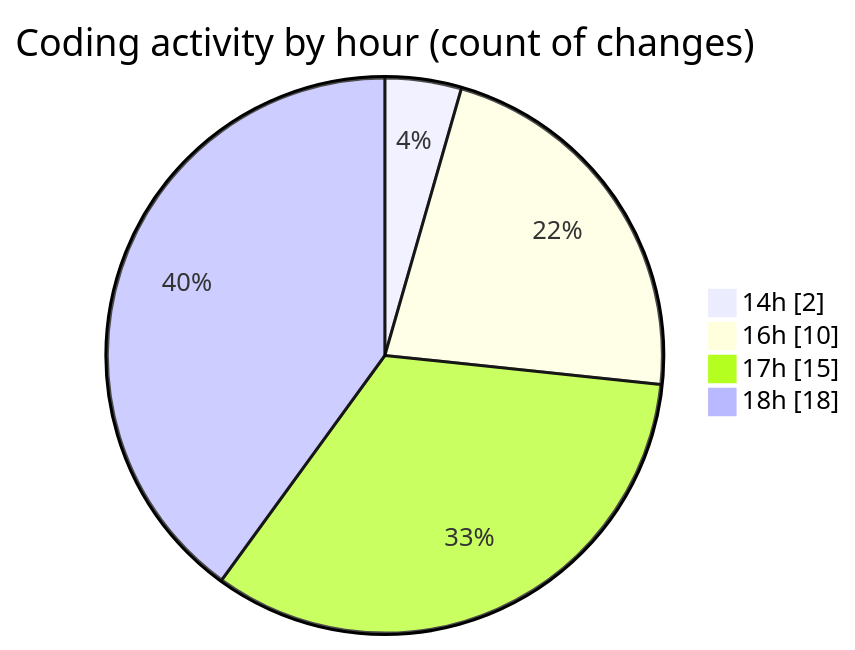
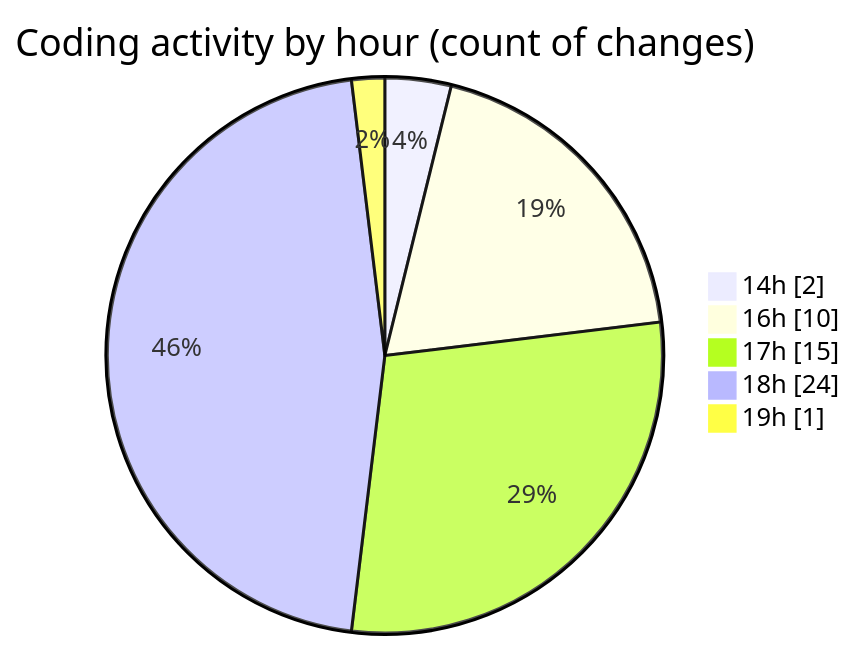
The second of 2 diagrams in 2025-06-18/scopesketch-app/README.md (Ritupan-Deka/code-tracking), drawn with Mermaid before and after one commit. The commit also changed other lines of this file and 1 other file, not shown here.

````diff
--- a/2025-06-18/scopesketch-app/README.md
+++ b/2025-06-18/scopesketch-app/README.md
@@ -41,8 +41,9 @@
 ```mermaid
 pie showData
 title Coding activity by hour (count of changes)
 "14h" : 2
 "16h" : 10
 "17h" : 15
-"18h" : 18
+"18h" : 24
+"19h" : 1
 ```
````
